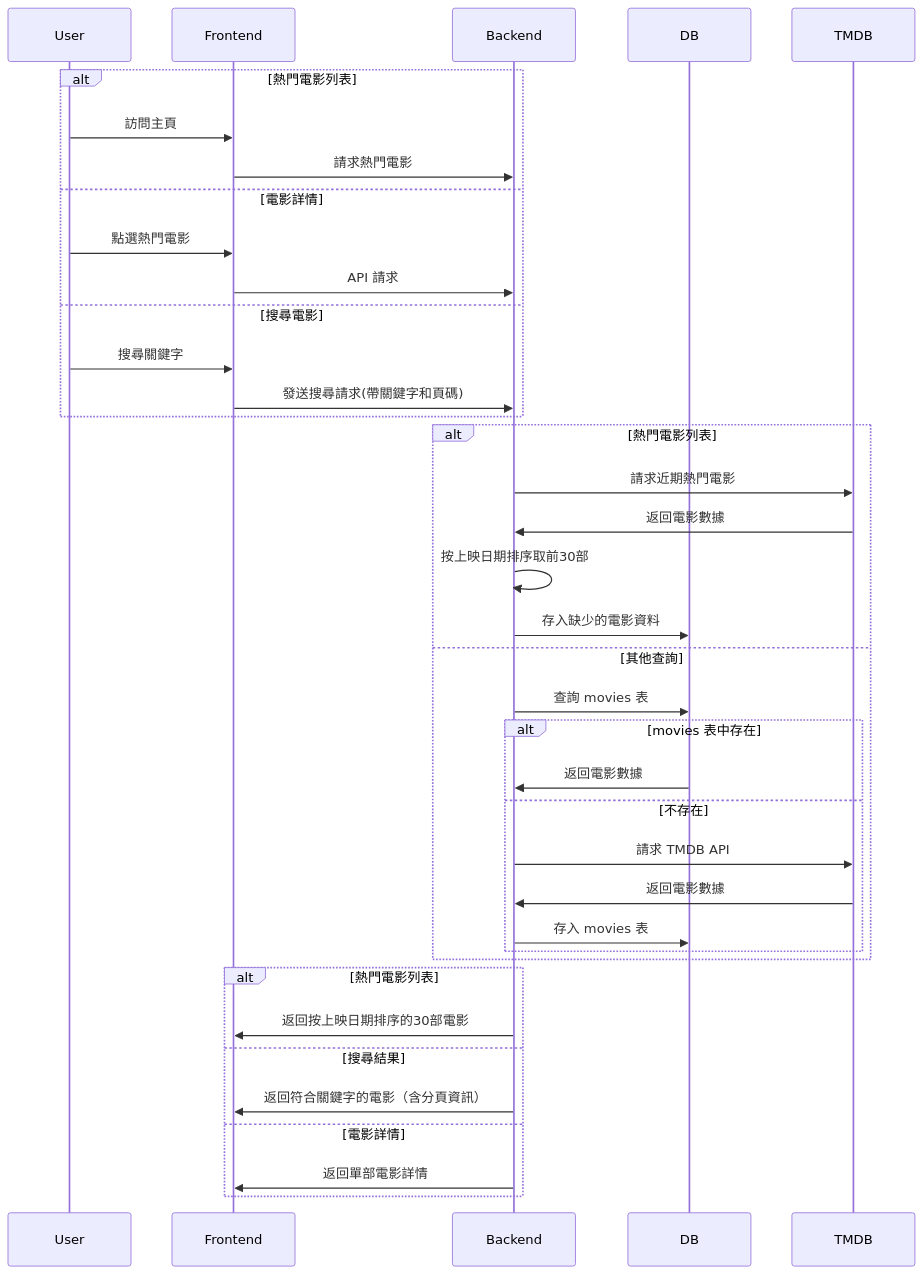
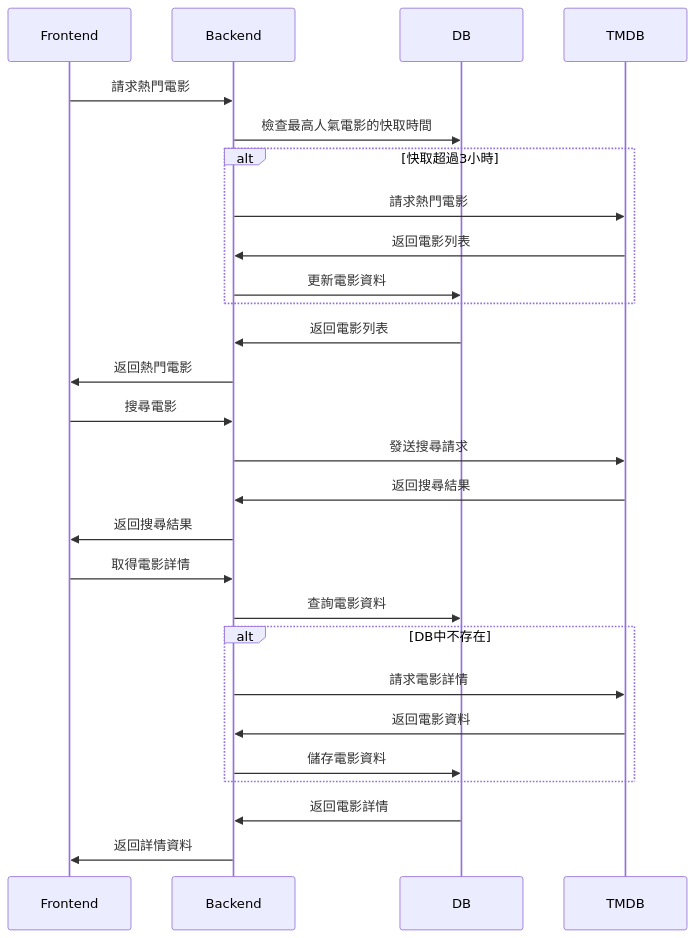
One commit to poordog777/movie-viewer changed the third of 4 diagrams in Architecture.md. Above: the diagram before and after it, drawn with Mermaid. The commit also changed other lines of this file and 1 other file, not shown here.

Commit message:
Refactor architecture and design documentation: update core functionality flow, enhance caching strategy for popular movies, and clarify API response details

````diff
--- a/Architecture.md
+++ b/Architecture.md
@@ -97,43 +97,35 @@
 ```mermaid
 sequenceDiagram
-    participant User
     participant Frontend
     participant Backend
     participant DB
     participant TMDB
 
-    alt 熱門電影列表
-        User->>Frontend: 訪問主頁
-        Frontend->>Backend: 請求熱門電影
-    else 電影詳情
-        User->>Frontend: 點選熱門電影
-        Frontend->>Backend: API 請求
-    else 搜尋電影
-        User->>Frontend: 搜尋關鍵字
-        Frontend->>Backend: 發送搜尋請求(帶關鍵字和頁碼)
+    %% 熱門電影
+    Frontend->>Backend: 請求熱門電影
+    Backend->>DB: 檢查最高人氣電影的快取時間
+    alt 快取超過3小時
+        Backend->>TMDB: 請求熱門電影
+        TMDB->>Backend: 返回電影列表
+        Backend->>DB: 更新電影資料
     end
+    DB->>Backend: 返回電影列表
+    Backend->>Frontend: 返回熱門電影
 
-    alt 熱門電影列表
-        Backend->>TMDB: 請求近期熱門電影
-        TMDB->>Backend: 返回電影數據
-        Backend->>Backend: 按上映日期排序取前30部
-        Backend->>DB: 存入缺少的電影資料
-    else 其他查詢
-        Backend->>DB: 查詢 movies 表
-        alt movies 表中存在
-            DB->>Backend: 返回電影數據
-        else 不存在
-            Backend->>TMDB: 請求 TMDB API
-            TMDB->>Backend: 返回電影數據
-            Backend->>DB: 存入 movies 表
-        end
+    %% 搜尋電影
+    Frontend->>Backend: 搜尋電影
+    Backend->>TMDB: 發送搜尋請求
+    TMDB->>Backend: 返回搜尋結果
+    Backend->>Frontend: 返回搜尋結果
+
+    %% 電影詳情
+    Frontend->>Backend: 取得電影詳情
+    Backend->>DB: 查詢電影資料
+    alt DB中不存在
+        Backend->>TMDB: 請求電影詳情
+        TMDB->>Backend: 返回電影資料
+        Backend->>DB: 儲存電影資料
     end
-    
-    alt 熱門電影列表
-        Backend->>Frontend: 返回按上映日期排序的30部電影
-    else 搜尋結果
-        Backend->>Frontend: 返回符合關鍵字的電影（含分頁資訊）
-    else 電影詳情
-        Backend->>Frontend: 返回單部電影詳情
-    end
+    DB->>Backend: 返回電影詳情
+    Backend->>Frontend: 返回詳情資料
 ```
````
